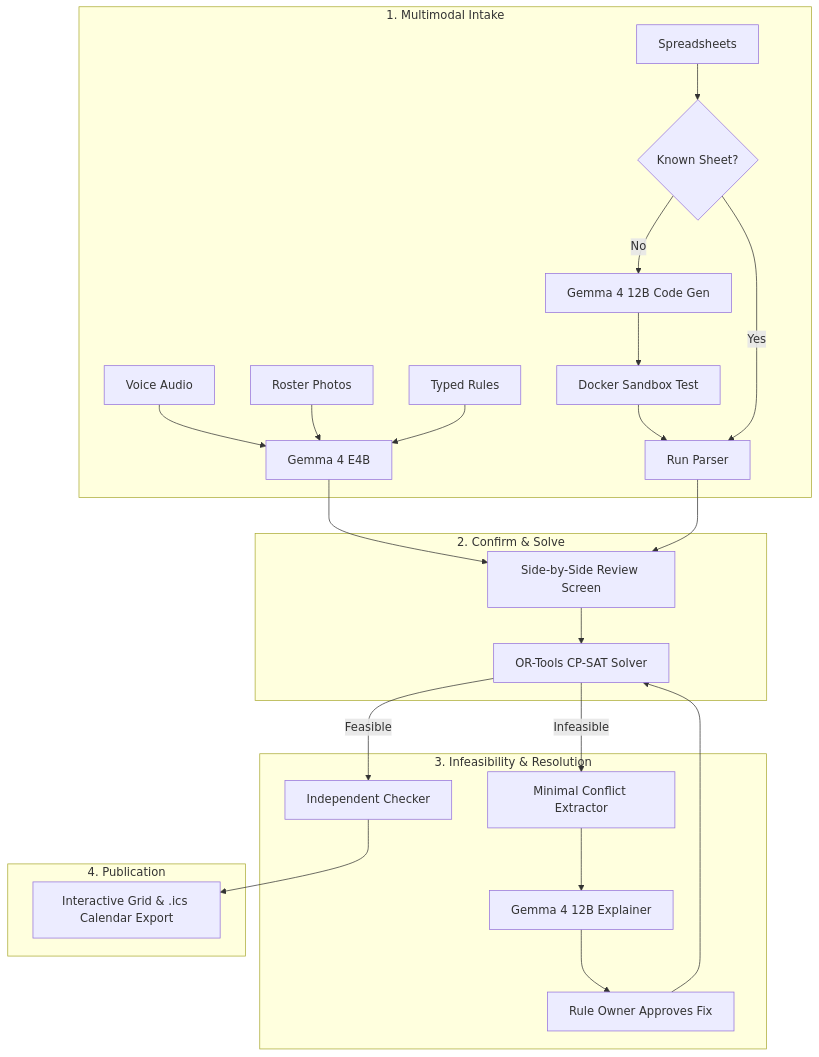
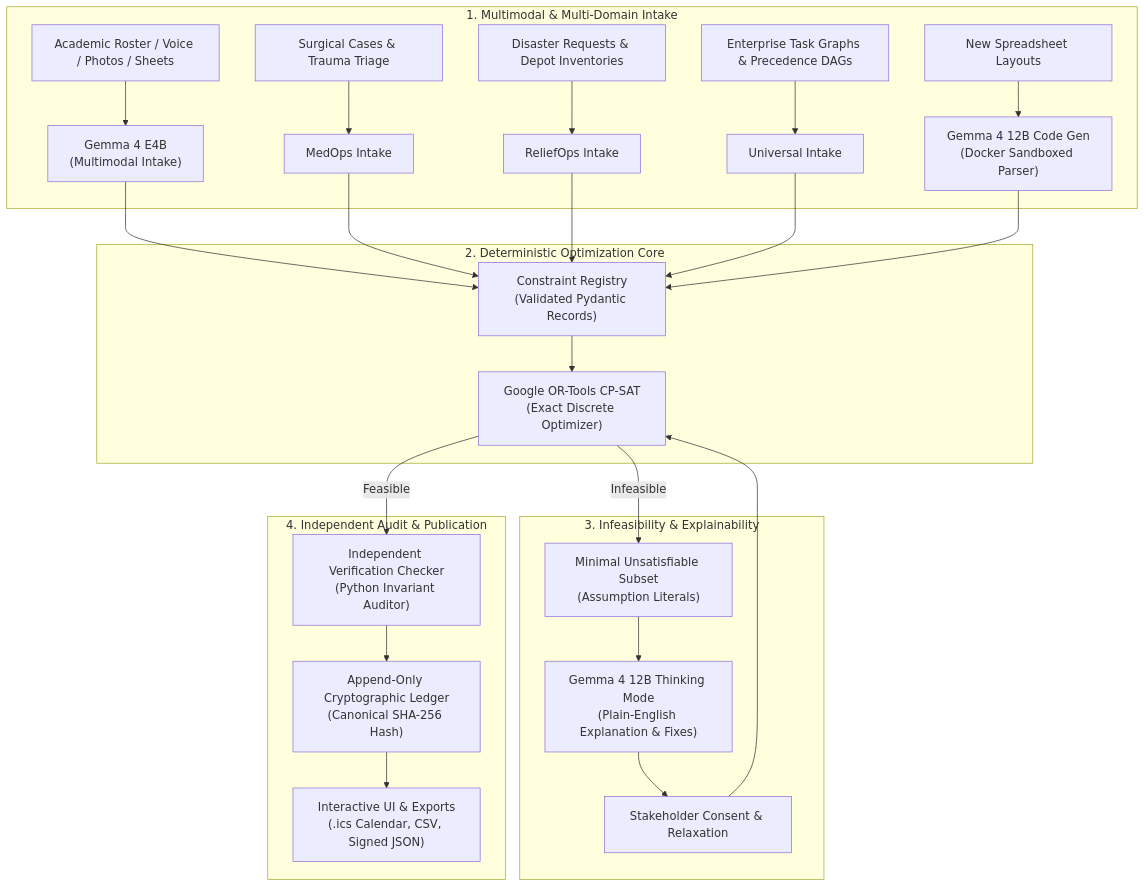
One commit to ANUJ760/PhishTank changed the diagram in README.md. Above: the diagram before and after it, drawn with Mermaid. The commit also changed other lines of this file, not shown here.

Commit message:
docs: expand README scope to multi-domain engines, MedOps, ReliefOps, and full-stack architecture

````diff
--- a/README.md
+++ b/README.md
@@ -170,31 +59,32 @@
 ```mermaid
 flowchart TD
-    subgraph INTAKE["1. Multimodal Intake"]
-        V["Voice Audio"] --> G4["Gemma 4 E4B"]
-        P["Roster Photos"] --> G4
-        T["Typed Rules"] --> G4
-        S["Spreadsheets"] --> CHK{"Known Sheet?"}
-        CHK -- No --> GEN["Gemma 4 12B Code Gen"]
-        GEN --> BOX["Docker Sandbox Test"]
-        BOX --> RUN["Run Parser"]
-        CHK -- Yes --> RUN
+    subgraph INTAKE["1. Multimodal & Multi-Domain Intake"]
+        A1["Academic Roster / Voice / Photos / Sheets"] --> G4["Gemma 4 E4B\n(Multimodal Intake)"]
+        A2["Surgical Cases & Trauma Triage"] --> MO["MedOps Intake"]
+        A3["Disaster Requests & Depot Inventories"] --> RO["ReliefOps Intake"]
+        A4["Enterprise Task Graphs & Precedence DAGs"] --> UO["Universal Intake"]
+        A5["New Spreadsheet Layouts"] --> G12["Gemma 4 12B Code Gen\n(Docker Sandboxed Parser)"]
     end
 
-    subgraph VERIFY["2. Confirm & Solve"]
-        G4 --> UI["Side-by-Side Review Screen"]
-        RUN --> UI
-        UI --> SOLVE["OR-Tools CP-SAT Solver"]
+    subgraph SOLVE["2. Deterministic Optimization Core"]
+        G4 --> CR["Constraint Registry\n(Validated Pydantic Records)"]
+        MO --> CR
+        RO --> CR
+        UO --> CR
+        G12 --> CR
+        CR --> CPSAT["Google OR-Tools CP-SAT\n(Exact Discrete Optimizer)"]
     end
 
-    subgraph CONFLICT["3. Infeasibility & Resolution"]
-        SOLVE -- Feasible --> CHECK["Independent Checker"]
-        SOLVE -- Infeasible --> MUS["Minimal Conflict Extractor"]
-        MUS --> EXP["Gemma 4 12B Explainer"]
-        EXP --> SIGN["Rule Owner Approves Fix"]
-        SIGN --> SOLVE
+    subgraph DIAGNOSTIC["3. Infeasibility & Explainability"]
+        CPSAT -- "Infeasible" --> MUS["Minimal Unsatisfiable Subset\n(Assumption Literals)"]
+        MUS --> EXP["Gemma 4 12B Thinking Mode\n(Plain-English Explanation & Fixes)"]
+        EXP --> APPROVE["Stakeholder Consent & Relaxation"]
+        APPROVE --> CPSAT
     end
 
-    subgraph PUBLISH["4. Publication"]
-        CHECK --> OUT["Interactive Grid & .ics Calendar Export"]
+    subgraph VERIFY["4. Independent Audit & Publication"]
+        CPSAT -- "Feasible" --> CHK["Independent Verification Checker\n(Python Invariant Auditor)"]
+        CHK --> LEDGER["Append-Only Cryptographic Ledger\n(Canonical SHA-256 Hash)"]
+        LEDGER --> EXPORT["Interactive UI & Exports\n(.ics Calendar, CSV, Signed JSON)"]
     end
 ```
````
